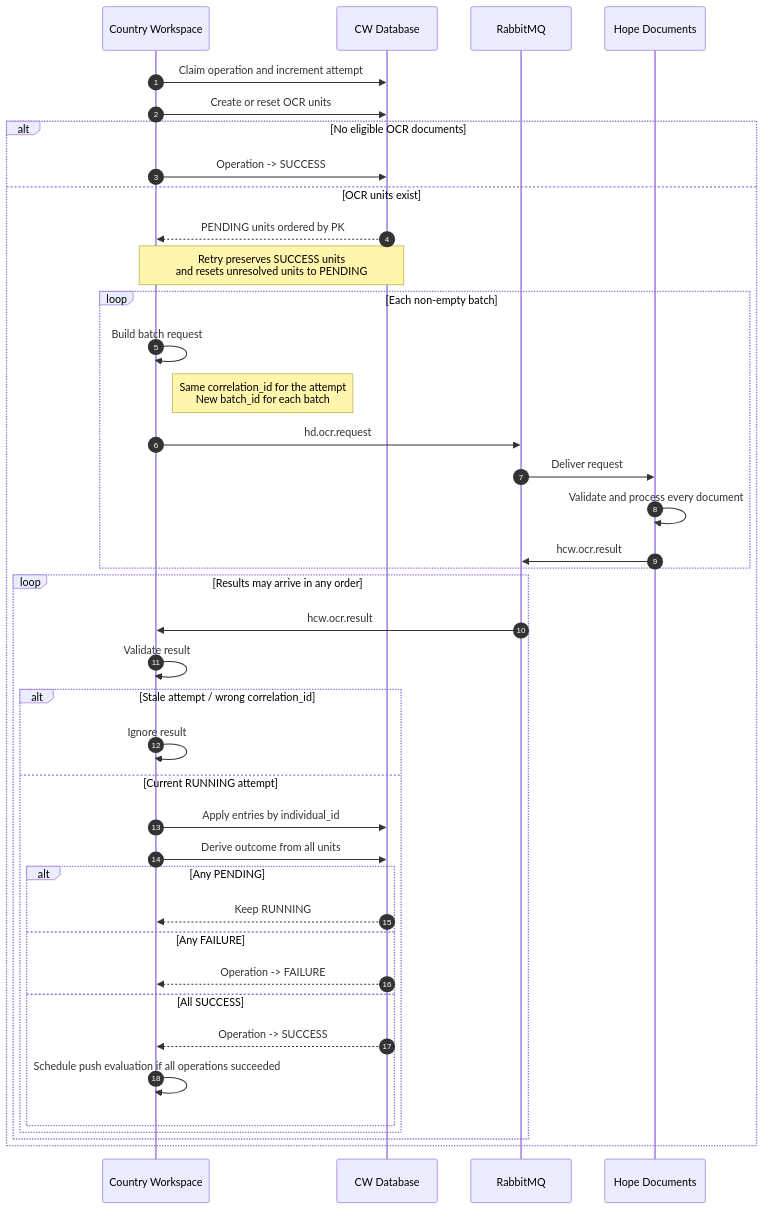
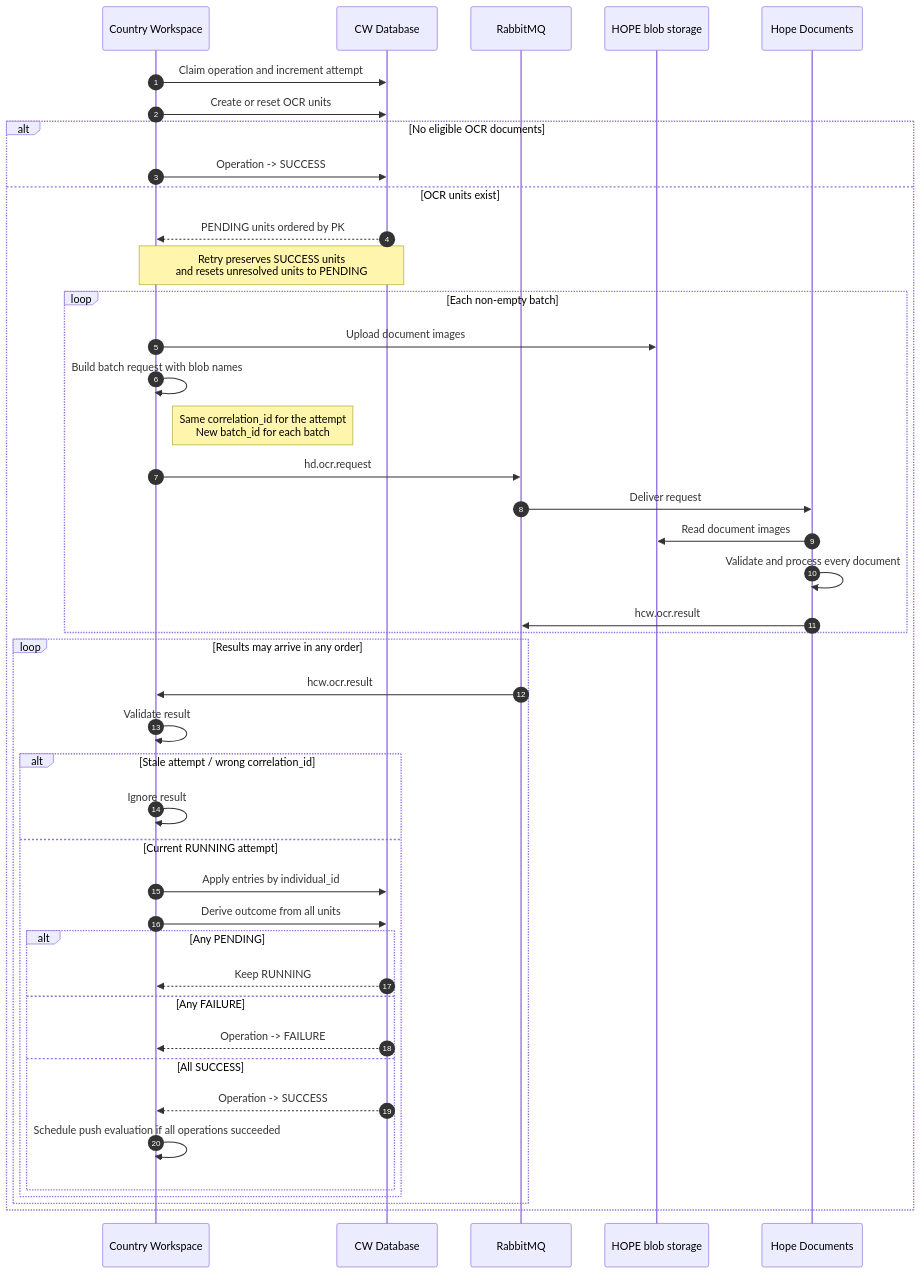
Before and after one commit to unicef/hope-country-workspace: the first of 2 diagrams in docs/src/flows/ocr.md, drawn with Mermaid. The commit also changed other lines of this file and 6 other files, not shown here.

````diff
--- a/docs/src/flows/ocr.md
+++ b/docs/src/flows/ocr.md
@@ -13,50 +13,53 @@
 ```mermaid
 sequenceDiagram
     autonumber
 
     participant CW as Country Workspace
     participant DB as CW Database
     participant MQ as RabbitMQ
+    participant Blob as HOPE blob storage
     participant HD as Hope Documents
 
     CW->>DB: Claim operation and increment attempt
     CW->>DB: Create or reset OCR units
 
     alt No eligible OCR documents
         CW->>DB: Operation -> SUCCESS
     else OCR units exist
         DB-->>CW: PENDING units ordered by PK
 
         Note over CW,DB: Retry preserves SUCCESS units<br/>and resets unresolved units to PENDING
 
         loop Each non-empty batch
-            CW->>CW: Build batch request
+            CW->>Blob: Upload document images
+            CW->>CW: Build batch request with blob names
             Note right of CW: Same correlation_id for the attempt<br/>New batch_id for each batch
             CW->>MQ: hd.ocr.request
             MQ->>HD: Deliver request
+            HD->>Blob: Read document images
             HD->>HD: Validate and process every document
             HD->>MQ: hcw.ocr.result
         end
 
         loop Results may arrive in any order
             MQ->>CW: hcw.ocr.result
             CW->>CW: Validate result
 
             alt Stale attempt / wrong correlation_id
                 CW->>CW: Ignore result
             else Current RUNNING attempt
                 CW->>DB: Apply entries by individual_id
                 CW->>DB: Derive outcome from all units
 
                 alt Any PENDING
                     DB-->>CW: Keep RUNNING
                 else Any FAILURE
                     DB-->>CW: Operation -> FAILURE
                 else All SUCCESS
                     DB-->>CW: Operation -> SUCCESS
                     CW->>CW: Schedule push evaluation if all operations succeeded
                 end
             end
         end
     end
 ```
````
